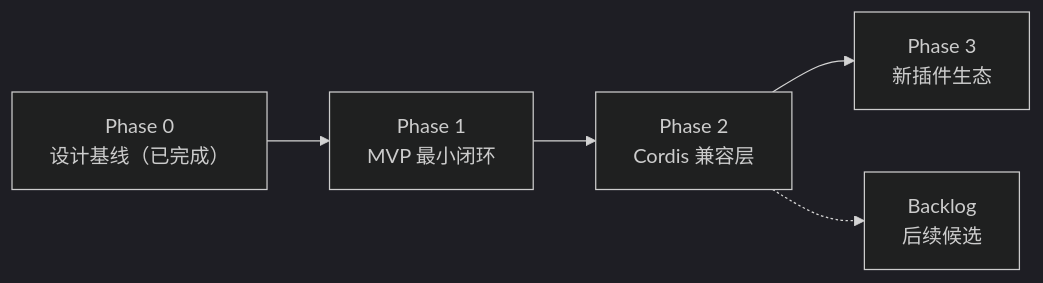
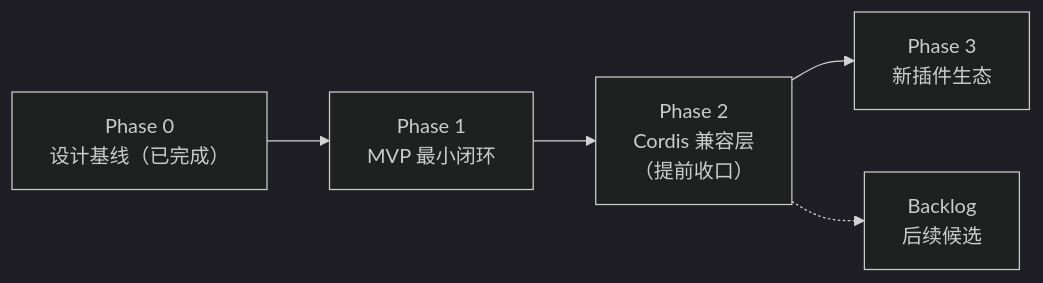
One commit to qingbird1983/keel changed the diagram in docs/roadmap/00-roadmap.md. Above: the diagram before and after it, drawn with Mermaid (dark theme). The commit also changed other lines of this file and 16 other files, not shown here.

````diff
--- a/docs/roadmap/00-roadmap.md
+++ b/docs/roadmap/00-roadmap.md
@@ -11,7 +11,7 @@
 ```mermaid
 graph LR
     P0["Phase 0<br/>设计基线（已完成）"] --> P1["Phase 1<br/>MVP 最小闭环"]
-    P1 --> P2["Phase 2<br/>Cordis 兼容层"]
+    P1 --> P2["Phase 2<br/>Cordis 兼容层<br/>（提前收口）"]
     P2 --> P3["Phase 3<br/>新插件生态"]
     P2 -.-> B["Backlog<br/>后续候选"]
 ```
````
